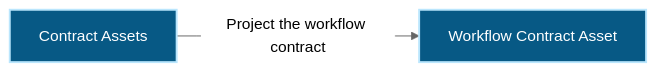
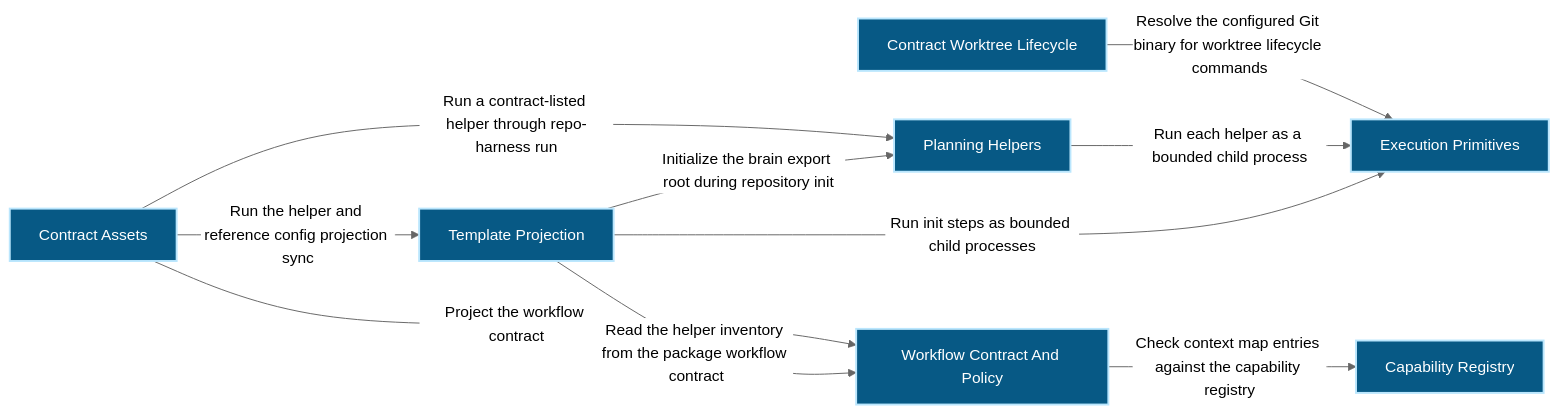
Before and after one commit to Ancienttwo/repo-harness: the first of 3 diagrams in docs/architecture/modules/workflow-engine/contract-assets.md, drawn with Mermaid (neutral theme). The commit also changed other lines of this file and 50 other files, not shown here.

First line of the commit message:
arch(workflow-engine): model workflow-state and execution-primitives, decompose contract-assets

````diff
--- a/docs/architecture/modules/workflow-engine/contract-assets.md
+++ b/docs/architecture/modules/workflow-engine/contract-assets.md
@@ -15,10 +15,23 @@
 ```mermaid
 flowchart LR
   p1_capability_workflow_engine_contract_assets_c7ab122d["Contract Assets"]:::component
-  p1_component_contract_assets_primary_21097608["Workflow Contract Asset"]:::component
+  p1_capability_workflow_engine_execution_primitives_b3033934["Execution Primitives"]:::component
+  p1_component_contract_assets_capability_registry_87c3dd18["Capability Registry"]:::component
+  p1_component_contract_assets_contract_worktree_lifecycle_5cb413df["Contract Worktree Lifecycle"]:::component
+  p1_component_contract_assets_planning_helpers_7600c3e5["Planning Helpers"]:::component
+  p1_component_contract_assets_primary_21097608["Workflow Contract And Policy"]:::component
+  p1_component_contract_assets_template_projection_e6aa176d["Template Projection"]:::component
+  p1_component_contract_assets_contract_worktree_lifecycle_5cb413df -->|"Resolve the configured Git binary for worktree lifecycle commands"| p1_capability_workflow_engine_execution_primitives_b3033934
+  p1_capability_workflow_engine_contract_assets_c7ab122d -->|"Run a contract-listed helper through repo-harness run"| p1_component_contract_assets_planning_helpers_7600c3e5
+  p1_component_contract_assets_planning_helpers_7600c3e5 -->|"Run each helper as a bounded child process"| p1_capability_workflow_engine_execution_primitives_b3033934
   p1_capability_workflow_engine_contract_assets_c7ab122d -->|"Project the workflow contract"| p1_component_contract_assets_primary_21097608
+  p1_component_contract_assets_primary_21097608 -->|"Check context map entries against the capability registry"| p1_component_contract_assets_capability_registry_87c3dd18
+  p1_capability_workflow_engine_contract_assets_c7ab122d -->|"Run the helper and reference config projection sync"| p1_component_contract_assets_template_projection_e6aa176d
+  p1_component_contract_assets_template_projection_e6aa176d -->|"Run init steps as bounded child processes"| p1_capability_workflow_engine_execution_primitives_b3033934
+  p1_component_contract_assets_template_projection_e6aa176d -->|"Initialize the brain export root during repository init"| p1_component_contract_assets_planning_helpers_7600c3e5
+  p1_component_contract_assets_template_projection_e6aa176d -->|"Read the helper inventory from the package workflow contract"| p1_component_contract_assets_primary_21097608
   classDef actor fill:#111827,color:#ffffff,stroke:#f9fafb,stroke-width:2px
   classDef component fill:#075985,color:#ffffff,stroke:#bae6fd,stroke-width:2px
   classDef datastore fill:#3f6212,color:#ffffff,stroke:#d9f99d,stroke-width:2px
   classDef external fill:#7c2d12,color:#ffffff,stroke:#fed7aa,stroke-width:2px
 ```
````
